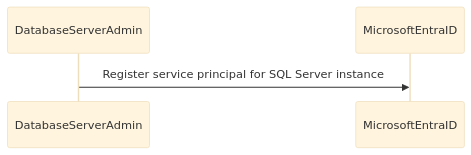
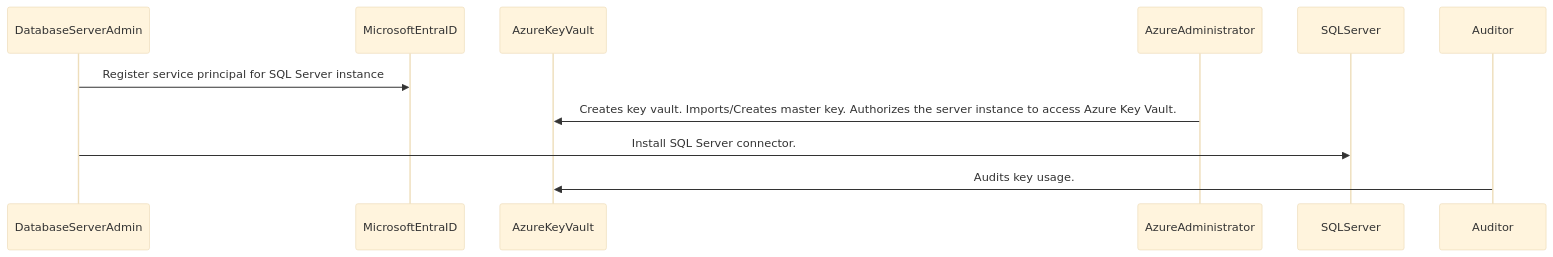
One commit to sonnyayran/dac-mermaid changed the diagram in README.md. Above: the diagram before and after it, drawn with Mermaid (base theme).

````diff
--- a/README.md
+++ b/README.md
@@ -47,7 +47,16 @@
 ```mermaid
 sequenceDiagram
     participant DatabaseServerAdmin
     participant MicrosoftEntraID
+    participant AzureKeyVault
+    participant AzureAdministrator
+    participant SQLServer
+    participant Auditor
     DatabaseServerAdmin->>MicrosoftEntraID: Register service principal for SQL Server instance
+    AzureAdministrator->>AzureKeyVault: Creates key vault. Imports/Creates master key. Authorizes the server instance to access Azure Key Vault.
+    DatabaseServerAdmin->>SQLServer: Install SQL Server connector.
+    Auditor->>AzureKeyVault: Audits key usage.
+
+
 
 ```
````
